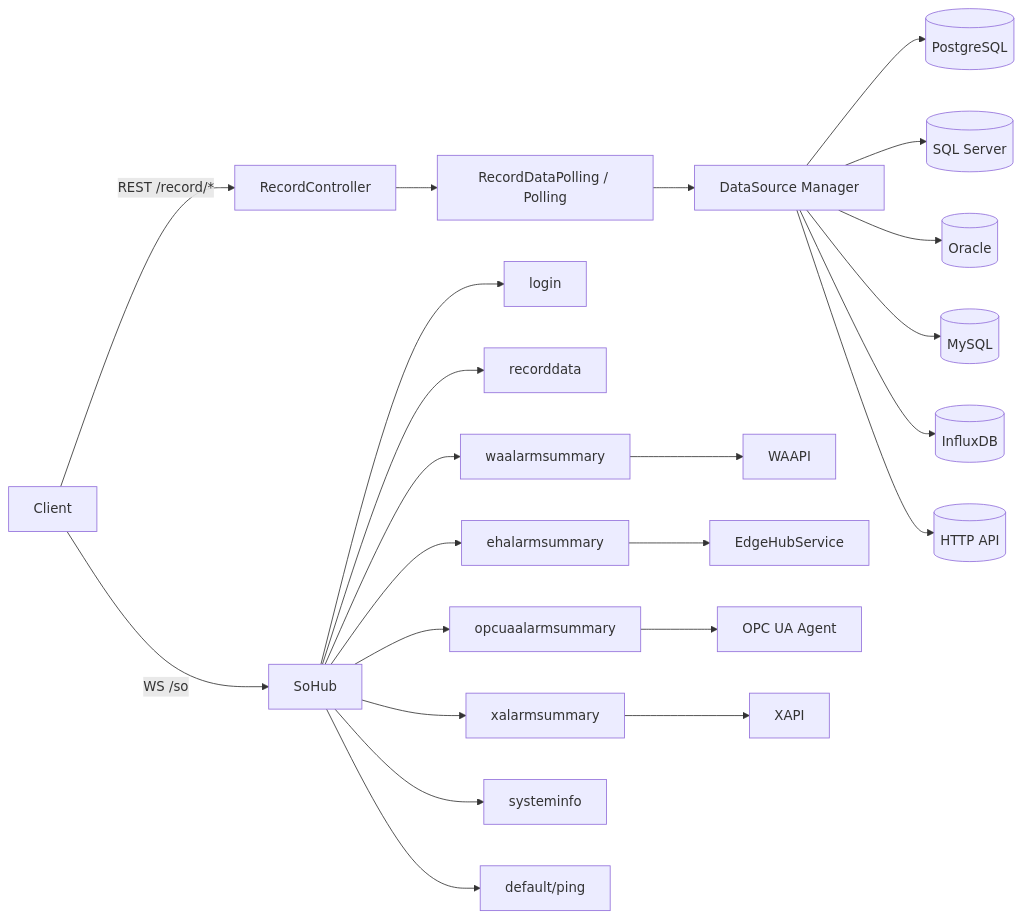
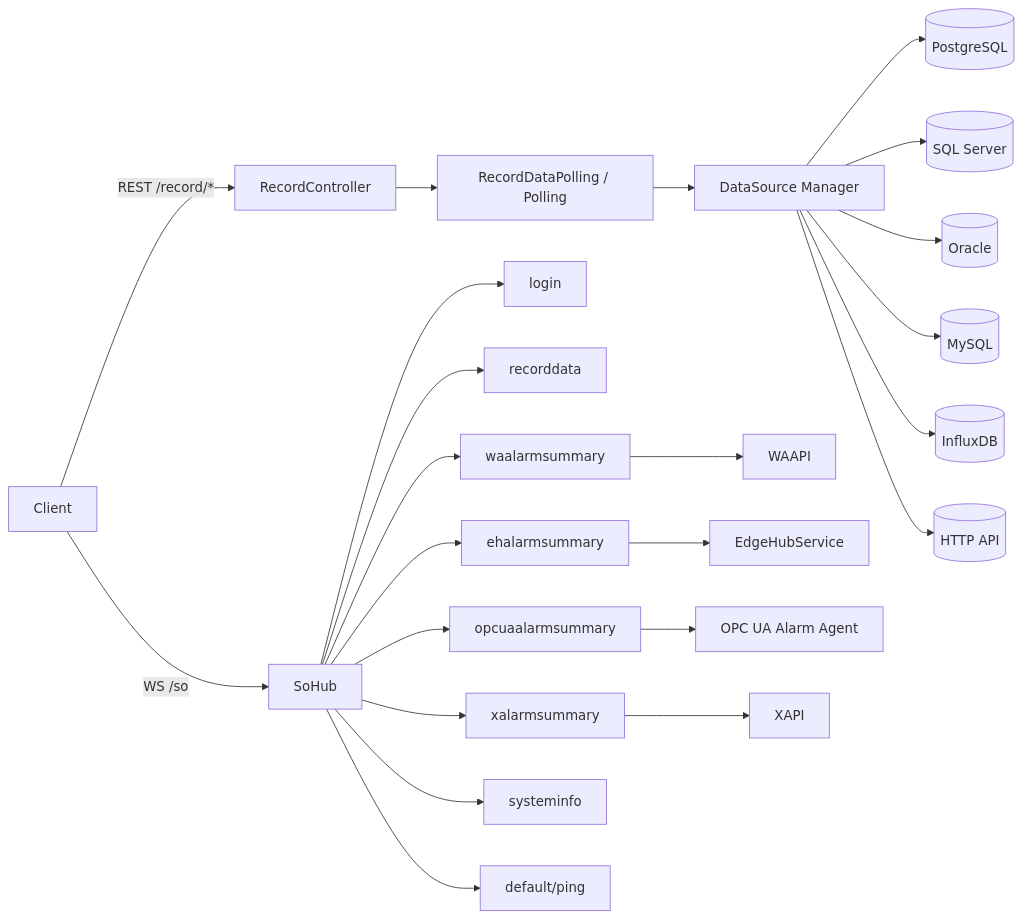
The first of 5 diagrams in SDS/05_Runtime_Proxy_Design.md (PochengChen-del/EdgeViewDoc), drawn with Mermaid before and after one commit. The commit also changed other lines of this file and 20 other files, not shown here.

````diff
--- a/SDS/05_Runtime_Proxy_Design.md
+++ b/SDS/05_Runtime_Proxy_Design.md
@@ -17,25 +19,25 @@
 ```mermaid
 flowchart LR
     Client -->|REST /record/*| RC[RecordController]
     Client -->|WS /so| Hub[SoHub]
     Hub --> Login[login]
     Hub --> Rec[recorddata]
     Hub --> WA[waalarmsummary]
     Hub --> EH[ehalarmsummary]
     Hub --> OPC[opcuaalarmsummary]
     Hub --> X[xalarmsummary]
     Hub --> Sys[systeminfo]
     Hub --> Def[default/ping]
     RC --> RecSvc[RecordDataPolling / Polling]
     RecSvc --> DS[DataSource Manager]
     DS --> PG[(PostgreSQL)]
     DS --> MSSQL[(SQL Server)]
     DS --> ORA[(Oracle)]
     DS --> MY[(MySQL)]
     DS --> Influx[(InfluxDB)]
     DS --> HTTP[(HTTP API)]
     WA --> WAAPI[WAAPI]
     EH --> EHAPI[EdgeHubService]
-    OPC --> OPCAPI[OPC UA Agent]
+    OPC --> OPCAPI[OPC UA Alarm Agent]
     X --> XAPI[XAPI]
 ```
````
